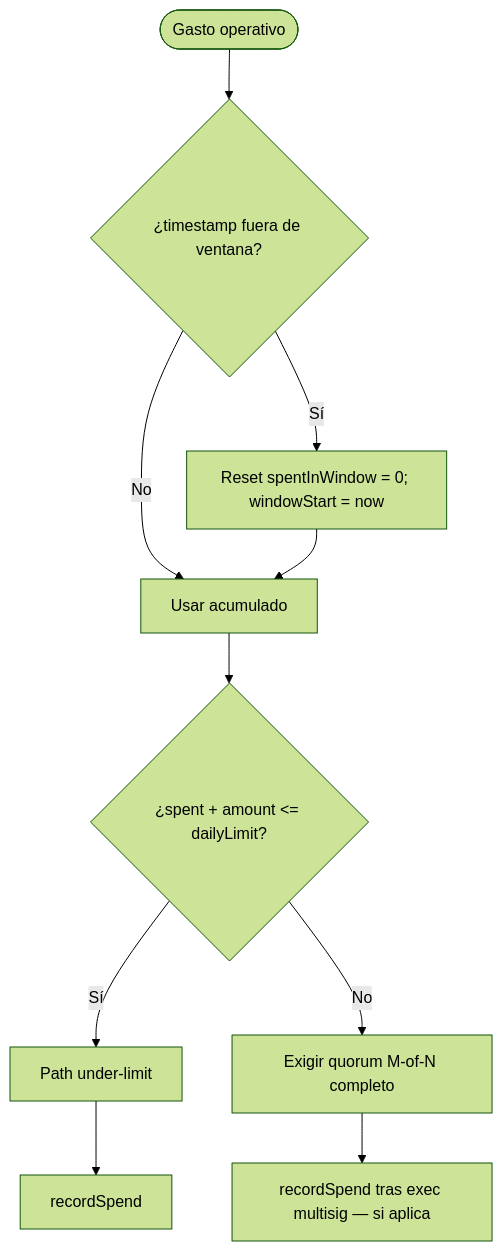
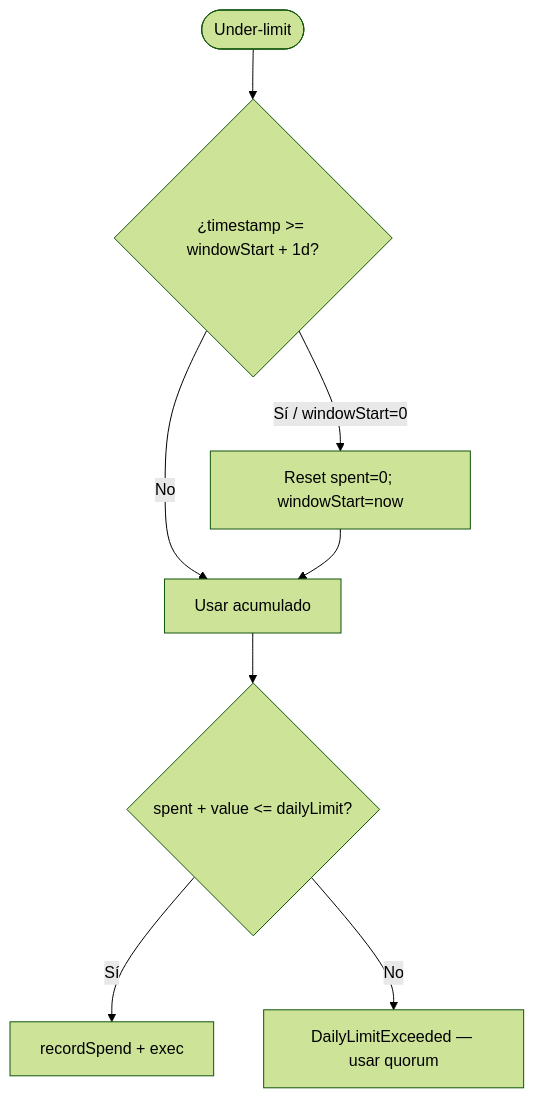
The fifth of 6 diagrams in doc/flujograma.md (rastrahm/institutional-custody-mpc), drawn with Mermaid (forest theme) before and after one commit. The commit also changed other lines of this file and 12 other files, not shown here.

````diff
--- a/doc/flujograma.md
+++ b/doc/flujograma.md
@@ -102,12 +94,10 @@
 ```mermaid
 flowchart TD
-    Start([Gasto operativo]) --> W{¿timestamp fuera de ventana?}
-    W -->|Sí| Reset[Reset spentInWindow = 0; windowStart = now]
+    Start([Under-limit]) --> W{¿timestamp >= windowStart + 1d?}
+    W -->|Sí / windowStart=0| Reset[Reset spent=0; windowStart=now]
     W -->|No| Acc[Usar acumulado]
     Reset --> Acc
-    Acc --> Cap{¿spent + amount <= dailyLimit?}
-    Cap -->|Sí| FastPath[Path under-limit]
-    Cap -->|No| Multi[Exigir quorum M-of-N completo]
-    FastPath --> Rec[recordSpend]
-    Multi --> Rec2[recordSpend tras exec multisig — si aplica]
+    Acc --> Cap{spent + value <= dailyLimit?}
+    Cap -->|Sí| Rec[recordSpend + exec]
+    Cap -->|No| Multi[DailyLimitExceeded — usar quorum]
 ```
````
